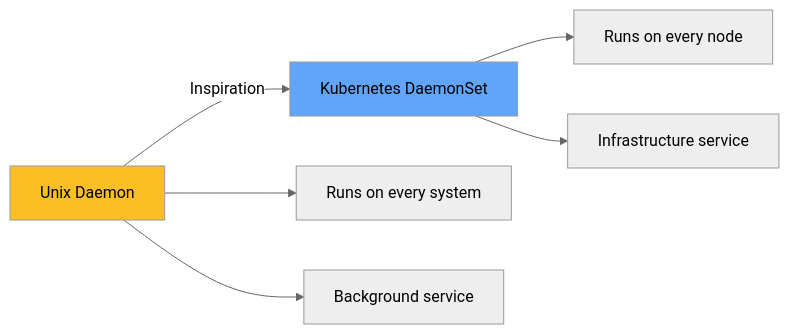
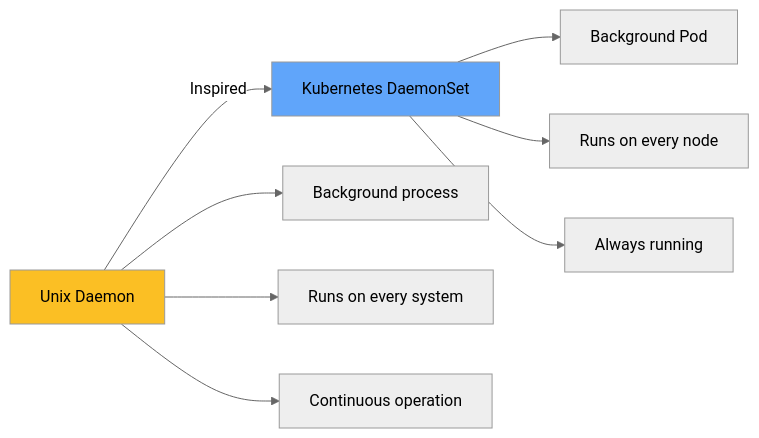
One commit to courselabs/kubernetes changed the third of 18 diagrams in slides/daemonsets/slides.md. Above: the diagram before and after it, drawn with Mermaid (neutral theme). The commit also changed other lines of this file and 7 other files, not shown here.

````diff
--- a/slides/daemonsets/slides.md
+++ b/slides/daemonsets/slides.md
@@ -67,10 +102,12 @@
 ```mermaid
 graph LR
-    U[Unix Daemon] -->|Inspiration| K[Kubernetes DaemonSet]
-    U --> R1[Runs on every system]
-    U --> R2[Background service]
-    K --> K1[Runs on every node]
-    K --> K2[Infrastructure service]
+    U[Unix Daemon] -->|Inspired| K[Kubernetes DaemonSet]
+    U --> U1[Background process]
+    U --> U2[Runs on every system]
+    U --> U3[Continuous operation]
+    K --> K1[Background Pod]
+    K --> K2[Runs on every node]
+    K --> K3[Always running]
     style U fill:#fbbf24
     style K fill:#60a5fa
 ```
````
